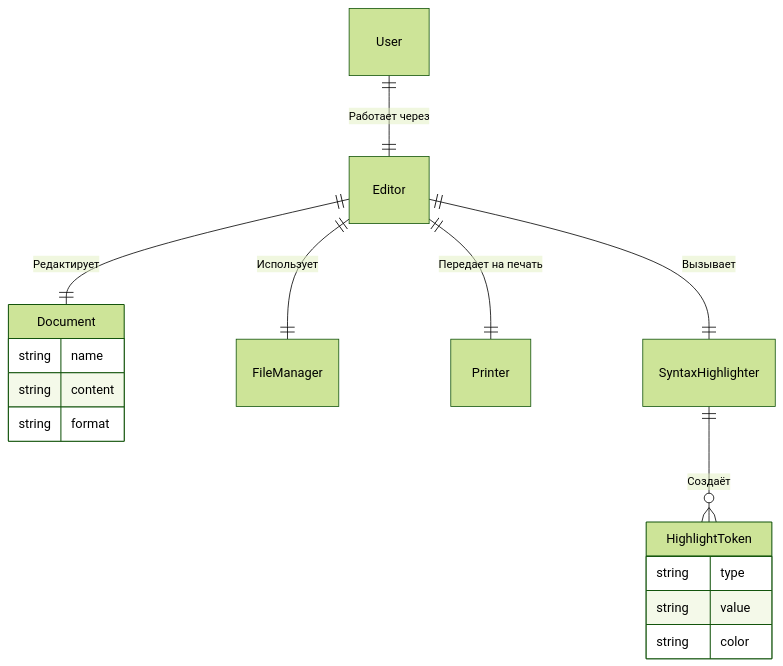
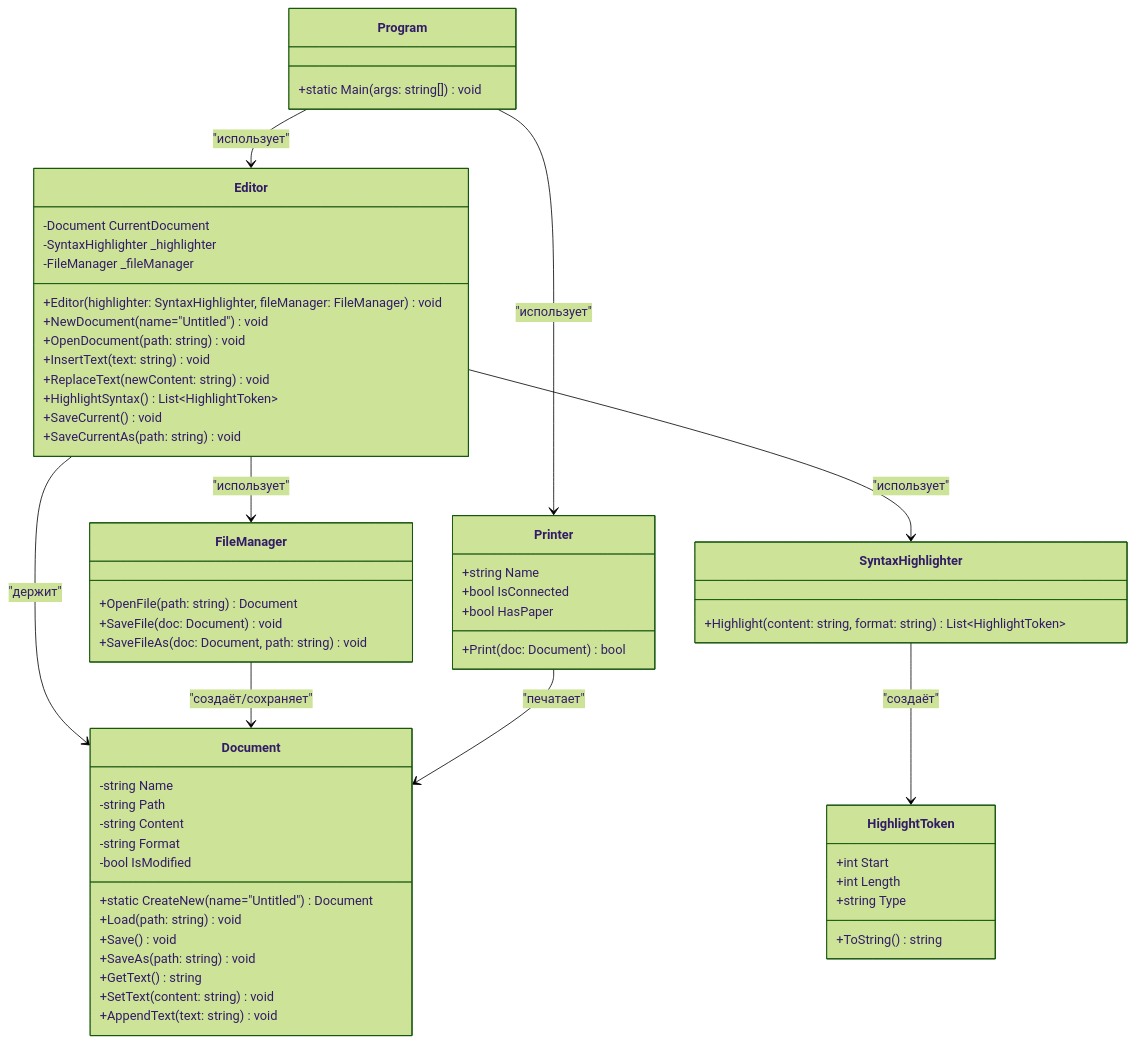
Before and after one commit to penamarth/bsbo-03-23_team6_var11_textedit: the diagram in Документация/Модель предментой области.md, drawn with Mermaid (forest theme).

Commit message:
Update Модель предментой области.md

````diff
--- a/Документация/Модель предментой области.md
+++ b/Документация/Модель предментой области.md
@@ -2,36 +2,68 @@
 ```mermaid
-erDiagram
-    User ||--|| Editor : "Работает через"
-    Editor ||--|| Document : "Редактирует"
-    Editor ||--|| FileManager : "Использует"
-    Editor ||--|| Printer : "Передает на печать"
-    Editor ||--|| SyntaxHighlighter : "Вызывает"
-    SyntaxHighlighter ||--o{ HighlightToken : "Создаёт"
-
-    User {
+classDiagram
+    class Document {
+        -string Name
+        -string Path
+        -string Content
+        -string Format
+        -bool IsModified
+        +static CreateNew(name="Untitled") Document
+        +Load(path: string) void
+        +Save() void
+        +SaveAs(path: string) void
+        +GetText() string
+        +SetText(content: string) void
+        +AppendText(text: string) void
     }
 
-    Document {
-        string name
-        string content
-        string format
+    class FileManager {
+        +OpenFile(path: string) Document
+        +SaveFile(doc: Document) void
+        +SaveFileAs(doc: Document, path: string) void
     }
 
-    Editor {
+    class HighlightToken {
+        +int Start
+        +int Length
+        +string Type
+        +ToString() string
     }
 
-    FileManager {
+    class SyntaxHighlighter {
+        +Highlight(content: string, format: string) List~HighlightToken~
     }
 
-    Printer {
+    class Editor {
+        -Document CurrentDocument
+        -SyntaxHighlighter _highlighter
+        -FileManager _fileManager
+        +Editor(highlighter: SyntaxHighlighter, fileManager: FileManager) void
+        +NewDocument(name="Untitled") void
+        +OpenDocument(path: string) void
+        +InsertText(text: string) void
+        +ReplaceText(newContent: string) void
+        +HighlightSyntax() List~HighlightToken~
+        +SaveCurrent() void
+        +SaveCurrentAs(path: string) void
     }
 
-    SyntaxHighlighter {
+    class Printer {
+        +string Name
+        +bool IsConnected
+        +bool HasPaper
+        +Print(doc: Document) bool
     }
 
-    HighlightToken {
-        string type
-        string value
-        string color
+    class Program {
+        +static Main(args: string[]) void
     }
+
+    Editor --> Document : "держит"
+    Editor --> SyntaxHighlighter : "использует"
+    Editor --> FileManager : "использует"
+    SyntaxHighlighter --> HighlightToken : "создаёт"
+    FileManager --> Document : "создаёт/сохраняет"
+    Printer --> Document : "печатает"
+    Program --> Editor : "использует"
+    Program --> Printer : "использует"
 ```
````
